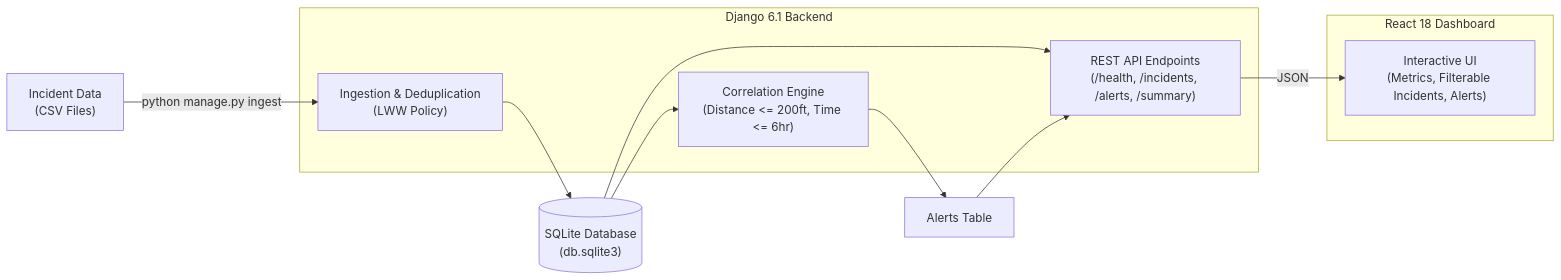
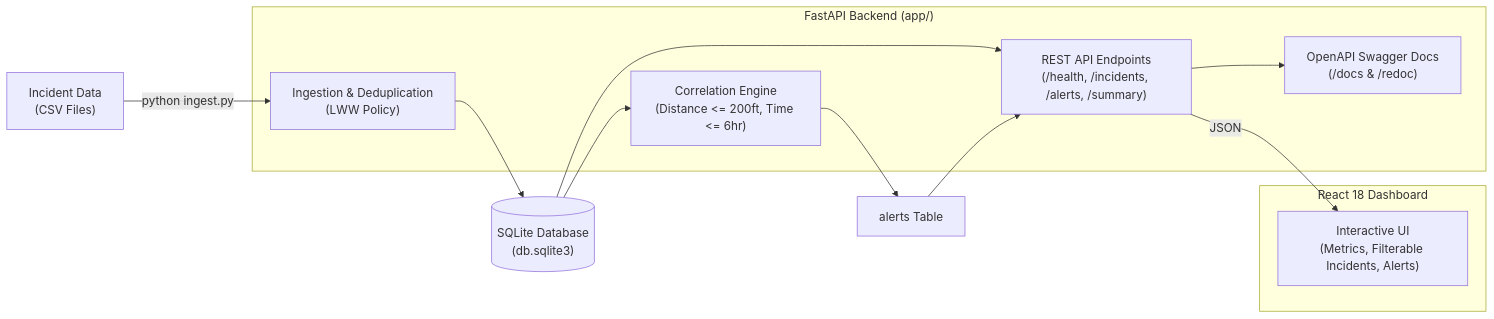
One commit to amitkumar824/GridSignal-Mini changed the diagram in README.md. Above: the diagram before and after it, drawn with Mermaid. The commit also changed other lines of this file and 34 other files, not shown here.

Commit message:
Implement GridSignal Mini with exact preferred stack: FastAPI + SQLite + React

````diff
--- a/README.md
+++ b/README.md
@@ -42,21 +45,23 @@
 ```mermaid
 flowchart LR
-    CSV["Incident Data<br/>(CSV Files)"] -->|"python manage.py ingest"| Ingest["Ingestion & Deduplication<br/>(LWW Policy)"]
+    CSV["Incident Data<br/>(CSV Files)"] -->|"python ingest.py"| Ingest["Ingestion & Deduplication<br/>(LWW Policy)"]
     Ingest --> DB[("SQLite Database<br/>(db.sqlite3)")]
     DB --> Engine["Correlation Engine<br/>(Distance <= 200ft, Time <= 6hr)"]
-    Engine --> Alerts["Alerts Table"]
+    Engine --> Alerts["alerts Table"]
     
-    subgraph DjangoBackend["Django 6.1 Backend"]
+    subgraph FastAPIBackend["FastAPI Backend (app/)"]
         Ingest
         Engine
         API["REST API Endpoints<br/>(/health, /incidents, /alerts, /summary)"]
+        Swagger["OpenAPI Swagger Docs<br/>(/docs & /redoc)"]
     end
     
     subgraph Frontend["React 18 Dashboard"]
         UI["Interactive UI<br/>(Metrics, Filterable Incidents, Alerts)"]
     end
     
     DB --> API
     Alerts --> API
     API -->|"JSON"| UI
+    API --> Swagger
 ```
````
